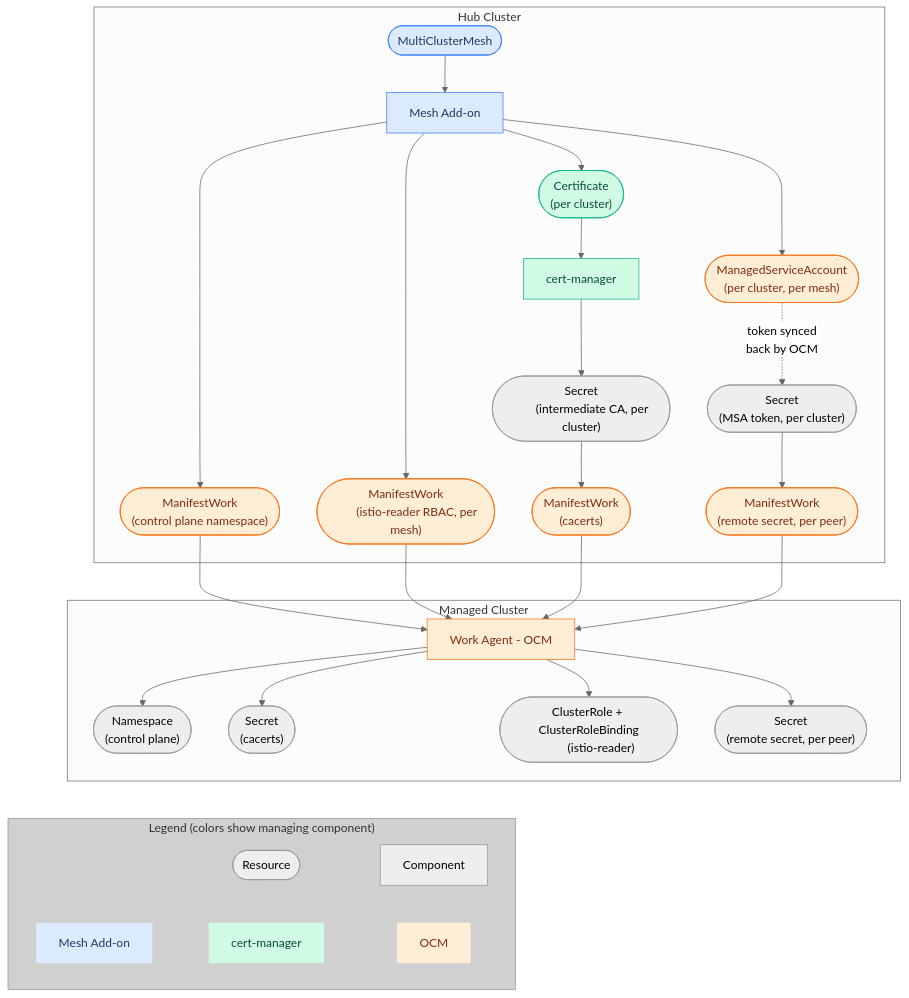
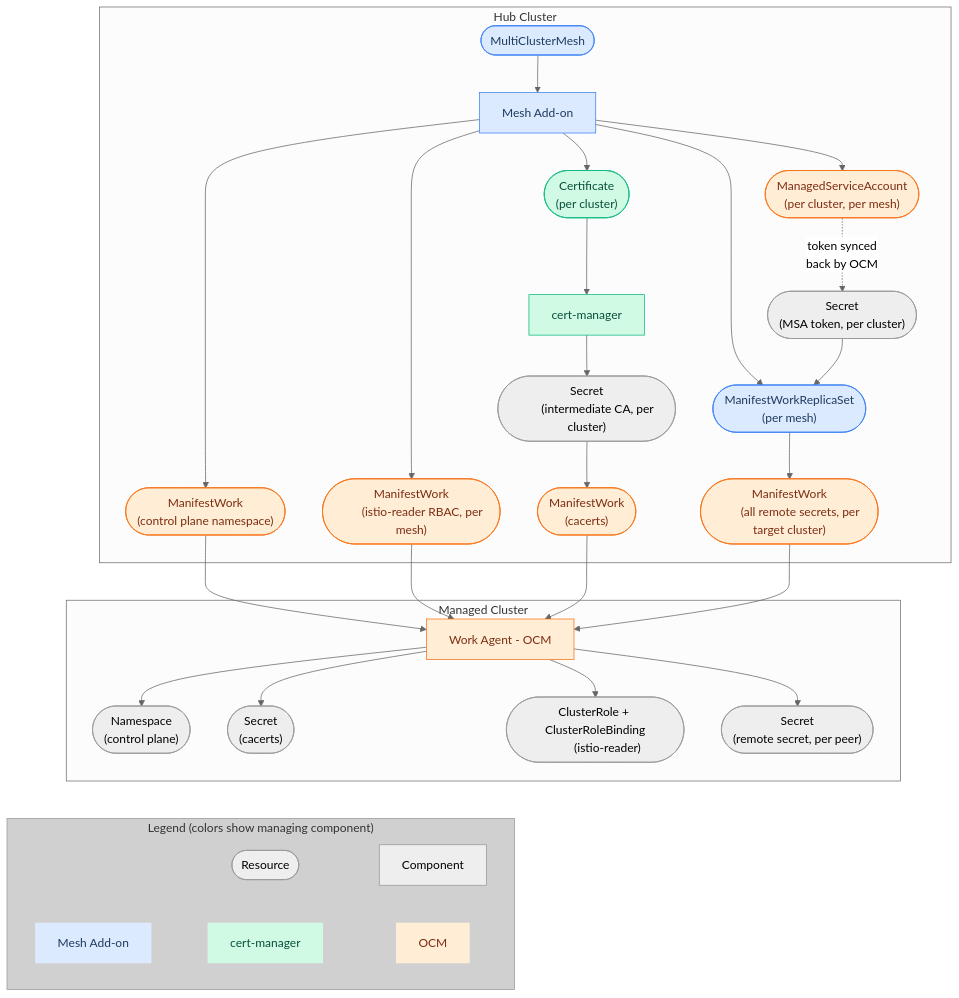
Before and after one commit to stolostron/multicluster-mesh-addon: the diagram in docs/dev/design.md, drawn with Mermaid (neutral theme). The commit also changed other lines of this file and 13 other files, not shown here.

````diff
--- a/docs/dev/design.md
+++ b/docs/dev/design.md
@@ -40,66 +41,69 @@
 ```mermaid
 flowchart TD
     subgraph Hub Cluster
         mesh([MultiClusterMesh]) --> addon[Mesh Add-on]
         addon --> cert(["Certificate
         (per cluster)"])
         cert --> certmanager[cert-manager]
         addon --> msa(["ManagedServiceAccount
         (per cluster, per mesh)"])
         certmanager --> casecret(["Secret
         (intermediate CA, per cluster)"])
         msa -.->|"token synced
         back by OCM"| tokensecret(["Secret
         (MSA token, per cluster)"])
         addon --> mw_cpns(["ManifestWork
         (control plane namespace)"])
         addon --> mw_reader(["ManifestWork
         (istio-reader RBAC, per mesh)"])
         casecret --> mw_cacerts(["ManifestWork
         (cacerts)"])
-        tokensecret --> mw_remote(["ManifestWork
-        (remote secret, per peer)"])
+        addon --> mwrs(["ManifestWorkReplicaSet
+        (per mesh)"])
+        tokensecret --> mwrs
+        mwrs --> mw_remote(["ManifestWork
+        (all remote secrets, per target cluster)"])
     end
 
     subgraph Managed Cluster
         agent[Work Agent - OCM] --> cpns(["Namespace
         (control plane)"])
         agent --> cacerts(["Secret
         (cacerts)"])
         agent --> reader_rbac(["ClusterRole + ClusterRoleBinding
         (istio-reader)"])
         agent --> remotesecret(["Secret
         (remote secret, per peer)"])
     end
 
     mw_cpns --> agent
     mw_reader --> agent
     mw_cacerts --> agent
     mw_remote --> agent
 
     subgraph Legend[Legend #40;colors show managing component#41;]
         L1([Resource]) ~~~ L2[Component]
         C1[Mesh Add-on]:::addon ~~~ C2[cert-manager]:::certmgr ~~~ C3[OCM]:::ocm
     end
 
     %% fake link to make legend centered
     cacerts ~~~ Legend
 
     style Legend fill:#d0d0d0,stroke:#999,color:#333
     style C1 stroke:none
     style C2 stroke:none
     style C3 stroke:none
 
     %% Mesh Add-on managed (blue)
     classDef addon fill:#dbeafe,stroke:#3b82f6,color:#1e3a5f
-    class addon,mesh addon
+    class addon,mesh,mwrs addon
 
     %% cert-manager managed (green)
     classDef certmgr fill:#d1fae5,stroke:#10b981,color:#064e3b
     class certmanager,cert certmgr
 
     %% OCM managed (orange)
     classDef ocm fill:#ffedd5,stroke:#f97316,color:#7c2d12
     class agent,msa,mw_cpns,mw_reader,mw_cacerts,mw_remote ocm
 
 ```
````
